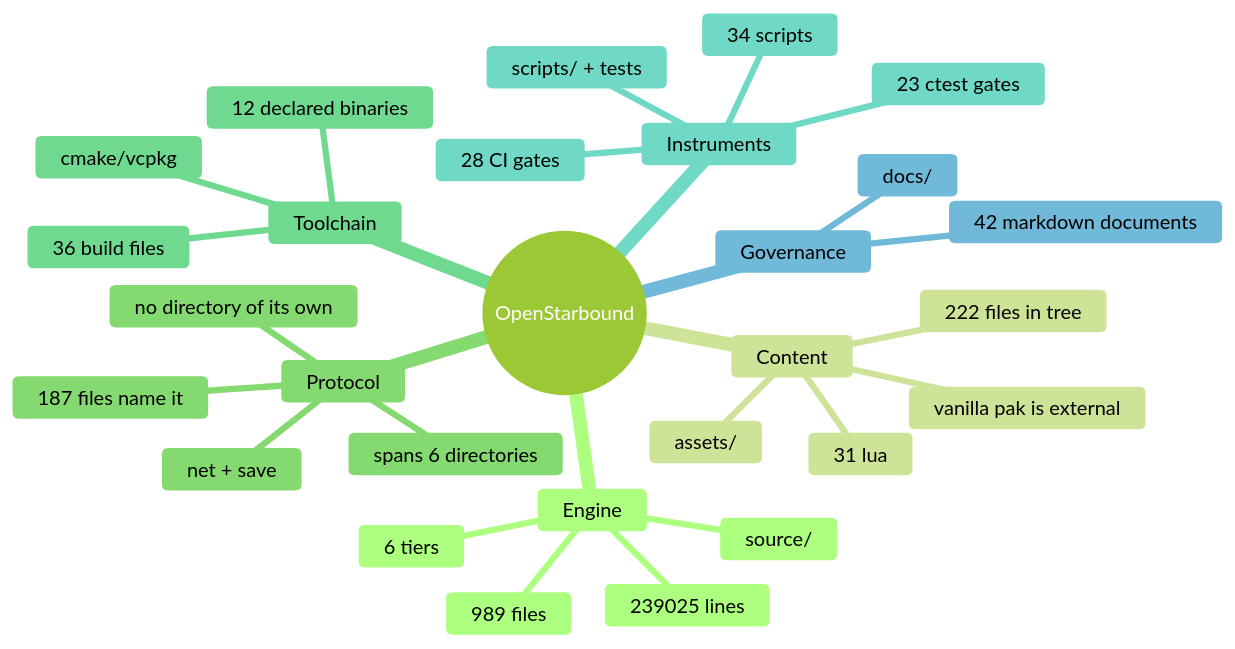
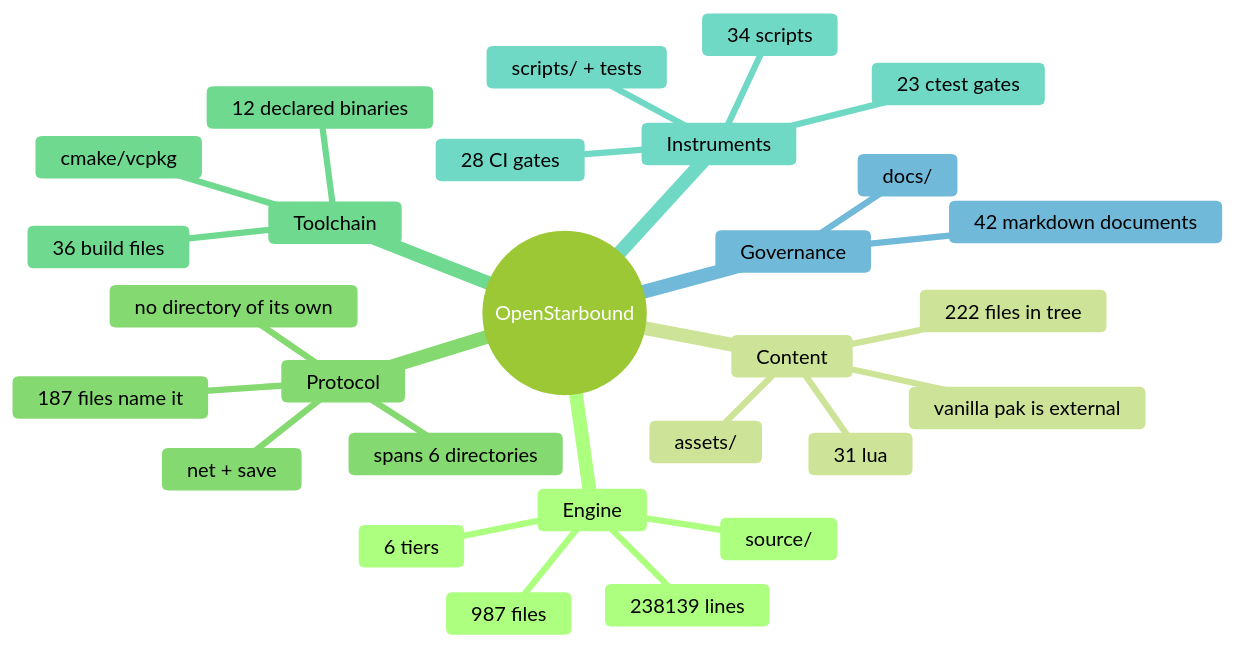
Before and after one commit to apnex/OpenStarbound: the second of 11 diagrams in docs/architecture/system-boundaries.md, drawn with Mermaid (forest theme). The commit also changed other lines of this file and 5 other files, not shown here.

````diff
--- a/docs/architecture/system-boundaries.md
+++ b/docs/architecture/system-boundaries.md
@@ -166,31 +166,31 @@
 ```mermaid
 mindmap
   root((OpenStarbound))
     Engine
       source/
-      989 files
-      239025 lines
+      987 files
+      238139 lines
       6 tiers
     Content
       assets/
       222 files in tree
       31 lua
       vanilla pak is external
     Protocol
       net + save
       187 files name it
       spans 6 directories
       no directory of its own
     Toolchain
       cmake/vcpkg
       36 build files
       12 declared binaries
     Instruments
       scripts/ + tests
       34 scripts
       23 ctest gates
       28 CI gates
     Governance
       docs/
       42 markdown documents
 ```
````
